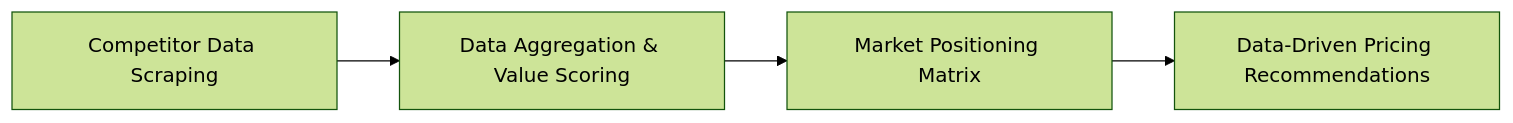
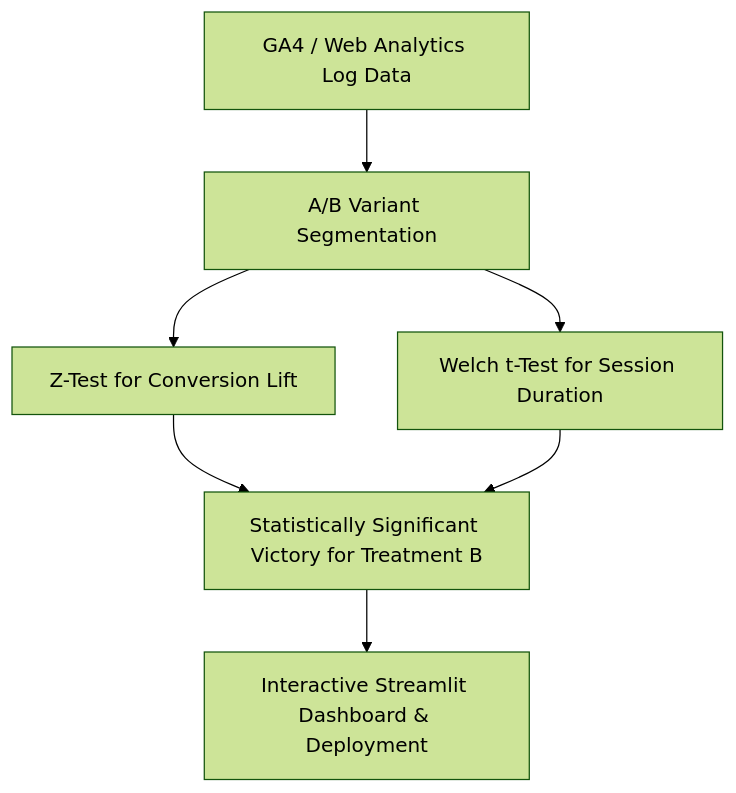
One commit to Manikkhan0011/social-media-performance-analysis changed the diagram in README.md. Above: the diagram before and after it, drawn with Mermaid (forest theme). The commit also changed other lines of this file and 7 other files, not shown here.

Commit message:
Finalize Task 5 interactive Streamlit dashboard and analytics

````diff
--- a/README.md
+++ b/README.md
@@ -4,6 +5,9 @@
 ```mermaid
-graph LR
-    A[Competitor Data Scraping] --> B[Data Aggregation & Value Scoring]
-    B --> C[Market Positioning Matrix]
-    C --> D[Data-Driven Pricing Recommendations]
+graph TD
+    A[GA4 / Web Analytics Log Data] --> B[A/B Variant Segmentation]
+    B --> C[Z-Test for Conversion Lift]
+    B --> D[Welch t-Test for Session Duration]
+    C --> E[Statistically Significant Victory for Treatment B]
+    D --> E
+    E --> F[Interactive Streamlit Dashboard & Deployment]
 ```
````
